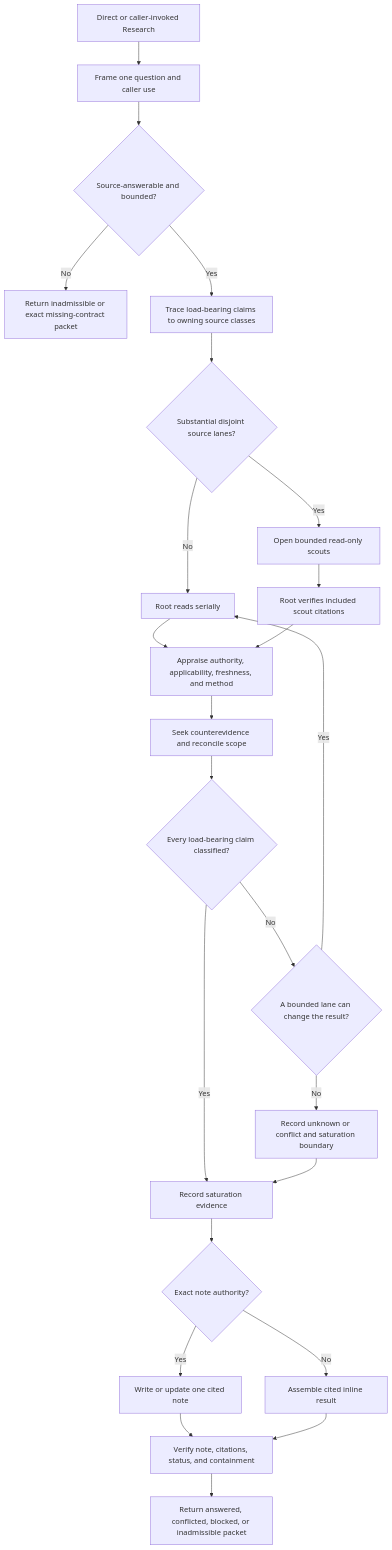
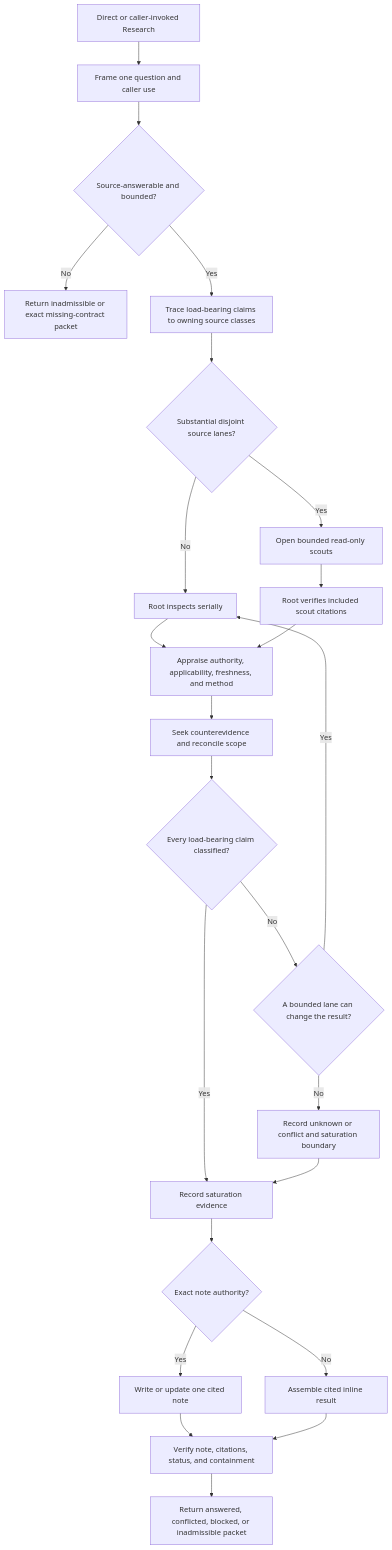
The diagram in docs/synthesis/skills/research.md (stevennitesh/programming-agent-skills), drawn with Mermaid before and after one commit. The commit also changed other lines of this file and 12 other files, not shown here.

````diff
--- a/docs/synthesis/skills/research.md
+++ b/docs/synthesis/skills/research.md
@@ -149,26 +150,26 @@
 ```mermaid
 flowchart TB
     START["Direct or caller-invoked Research"] --> FRAME["Frame one question and caller use"]
     FRAME --> ADMIT{"Source-answerable and bounded?"}
     ADMIT -->|No| WRONG["Return inadmissible or exact missing-contract packet"]
     ADMIT -->|Yes| TRACE["Trace load-bearing claims to owning source classes"]
     TRACE --> LANES{"Substantial disjoint source lanes?"}
-    LANES -->|No| ROOT["Root reads serially"]
+    LANES -->|No| ROOT["Root inspects serially"]
     LANES -->|Yes| SCOUTS["Open bounded read-only scouts"]
     ROOT --> APPRAISE["Appraise authority, applicability, freshness, and method"]
     SCOUTS --> VERIFY_SCOUTS["Root verifies included scout citations"]
     VERIFY_SCOUTS --> APPRAISE
     APPRAISE --> TRIANGULATE["Seek counterevidence and reconcile scope"]
     TRIANGULATE --> CLASSIFY{"Every load-bearing claim classified?"}
     CLASSIFY -->|No| MORE{"A bounded lane can change the result?"}
     MORE -->|Yes| ROOT
     MORE -->|No| BLOCKED["Record unknown or conflict and saturation boundary"]
     CLASSIFY -->|Yes| SATURATE["Record saturation evidence"]
     BLOCKED --> SATURATE
     SATURATE --> WRITE{"Exact note authority?"}
     WRITE -->|Yes| NOTE["Write or update one cited note"]
     WRITE -->|No| INLINE["Assemble cited inline result"]
     NOTE --> VERIFY["Verify note, citations, status, and containment"]
     INLINE --> VERIFY
     VERIFY --> RETURN["Return answered, conflicted, blocked, or inadmissible packet"]
 ```
````
